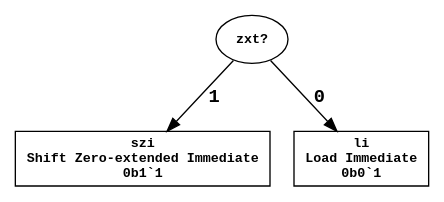
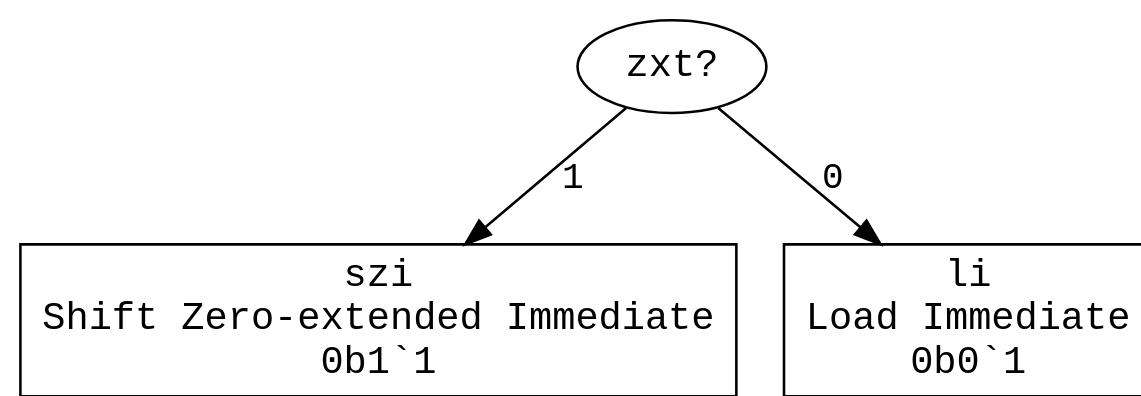
One commit to eignnx/SPRIND changed the diagram in assets/graphs/li.dot. Above: the diagram before and after it, drawn with Graphviz. The commit also changed 18 other files, not shown here.

Commit message:
tweak dpi, fontsize, font

```diff
--- a/assets/graphs/li.dot
+++ b/assets/graphs/li.dot
@@ -1,10 +1,10 @@
 digraph "Format li" {
-  graph [bgcolor="white"];
-  node [fontname = "Courier-Bold", fontsize="10pt"];
-  edge [fontname = "Courier-Bold"];
+  graph [dpi = 100, bgcolor="white"];
+  node [fontname = "Courier", fontsize="15pt"];
+  edge [fontname = "Courier"];
   "zxt_6558408" [label = "zxt?", shape = ellipse];
   "zxt_6558408" -> "szi_5158144" [label = "1"];
   "zxt_6558408" -> "li_6973931" [label = "0"];
   "szi_5158144" [label = "szi\nShift Zero-extended Immediate\n0b1`1", shape = rectangle];
   "li_6973931" [label = "li\nLoad Immediate\n0b0`1", shape = rectangle];
 }
```
